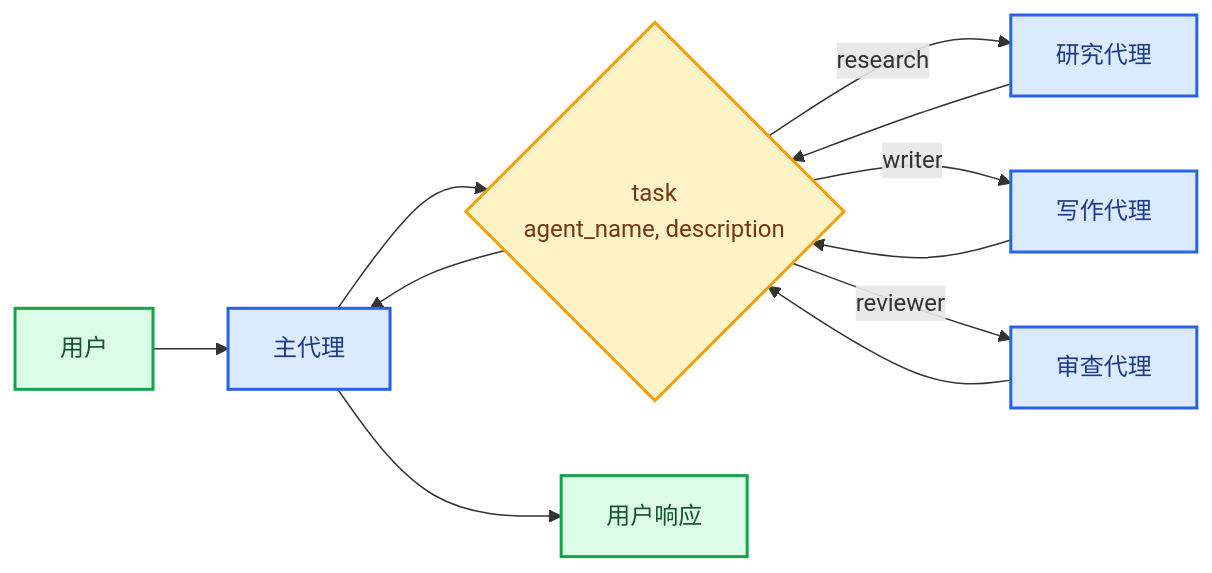
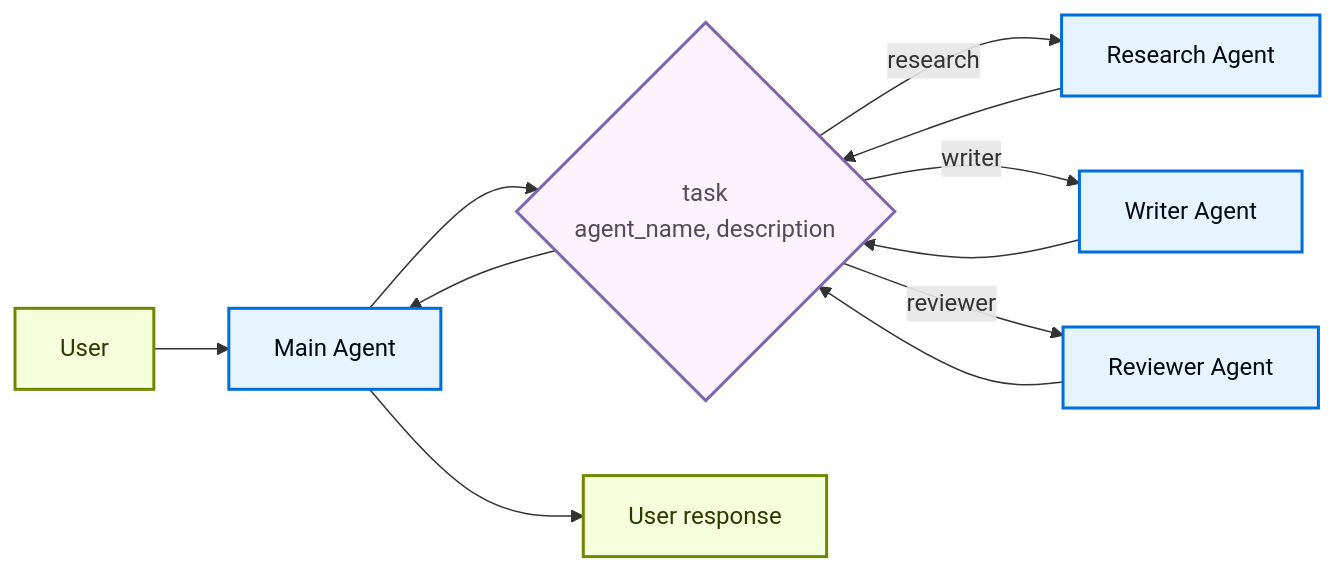
One commit to kunfan96/cndocs-langchain changed the fifth of 5 diagrams in oss/python/langchain/multi-agent/subagents.mdx. Above: the diagram before and after it, drawn with Mermaid. The commit also changed other lines of this file and 2538 other files, not shown here.

````diff
--- a/oss/python/langchain/multi-agent/subagents.mdx
+++ b/oss/python/langchain/multi-agent/subagents.mdx
@@ -232,21 +232,21 @@
 ```mermaid
 graph LR
-    A[用户] --> B[主代理]
+    A[User] --> B[Main Agent]
     B --> C{task<br/>agent_name, description}
-    C -->|research| D[研究代理]
-    C -->|writer| E[写作代理]
-    C -->|reviewer| F[审查代理]
+    C -->|research| D[Research Agent]
+    C -->|writer| E[Writer Agent]
+    C -->|reviewer| F[Reviewer Agent]
     D --> C
     E --> C
     F --> C
     C --> B
-    B --> G[用户响应]
+    B --> G[User response]
 
-    classDef trigger fill:#DCFCE7,stroke:#16A34A,stroke-width:2px,color:#14532D
-    classDef process fill:#DBEAFE,stroke:#2563EB,stroke-width:2px,color:#1E3A8A
-    classDef decision fill:#FEF3C7,stroke:#F59E0B,stroke-width:2px,color:#78350F
+    classDef trigger fill:#F6FFDB,stroke:#6E8900,stroke-width:2px,color:#2E3900
+    classDef process fill:#E5F4FF,stroke:#006DDD,stroke-width:2px,color:#030710
+    classDef decision fill:#FDF3FF,stroke:#7E65AE,stroke-width:2px,color:#504B5F
 
     class A,G trigger
     class B,D,E,F process
     class C decision
 ```
````
